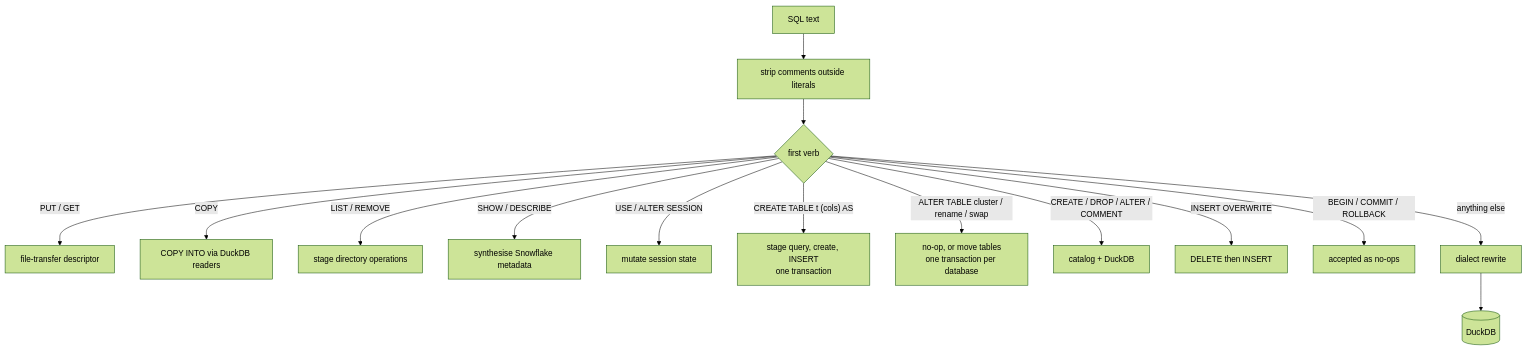
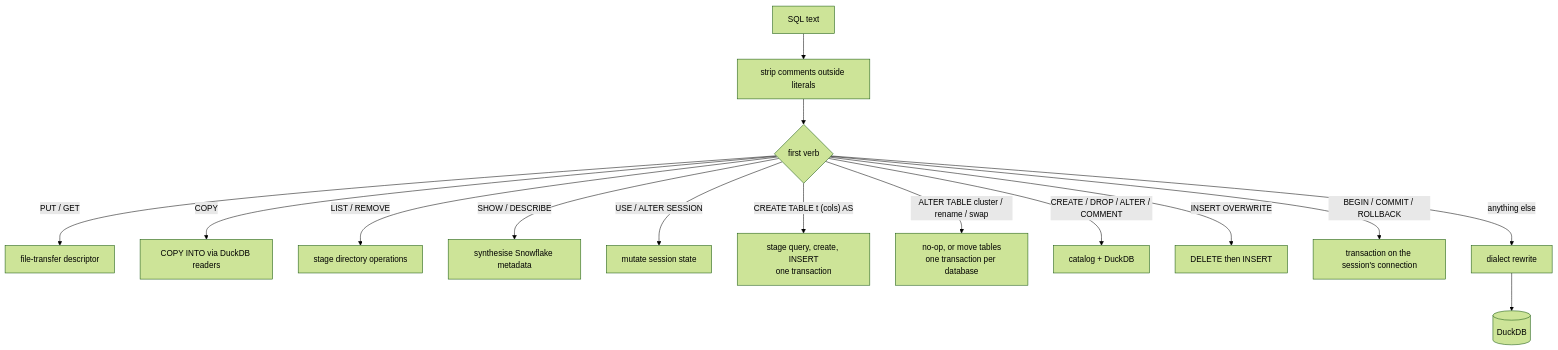
Before and after one commit to sri369c/SnowTest: the third of 6 diagrams in docs/design.md, drawn with Mermaid (forest theme). The commit also changed other lines of this file and 20 other files, not shown here.

````diff
--- a/docs/design.md
+++ b/docs/design.md
@@ -187,18 +187,18 @@
 ```mermaid
 flowchart TD
   Q["SQL text"] --> STRIP["strip comments outside literals"]
   STRIP --> VERB{"first verb"}
 
   VERB -->|PUT / GET| FT["file-transfer descriptor"]
   VERB -->|COPY| COPY["COPY INTO via DuckDB readers"]
   VERB -->|LIST / REMOVE| STG["stage directory operations"]
   VERB -->|SHOW / DESCRIBE| META["synthesise Snowflake metadata"]
   VERB -->|USE / ALTER SESSION| CTX["mutate session state"]
   VERB -->|"CREATE TABLE t (cols) AS"| CTAS["stage query, create, INSERT<br/>one transaction"]
   VERB -->|"ALTER TABLE cluster / rename / swap"| ALT["no-op, or move tables<br/>one transaction per database"]
   VERB -->|CREATE / DROP / ALTER / COMMENT| DDL["catalog + DuckDB"]
   VERB -->|INSERT OVERWRITE| OW["DELETE then INSERT"]
-  VERB -->|BEGIN / COMMIT / ROLLBACK| TX["accepted as no-ops"]
+  VERB -->|BEGIN / COMMIT / ROLLBACK| TX["transaction on the session's connection"]
   VERB -->|anything else| RW["dialect rewrite"]
   RW --> DB[("DuckDB")]
 ```
````
